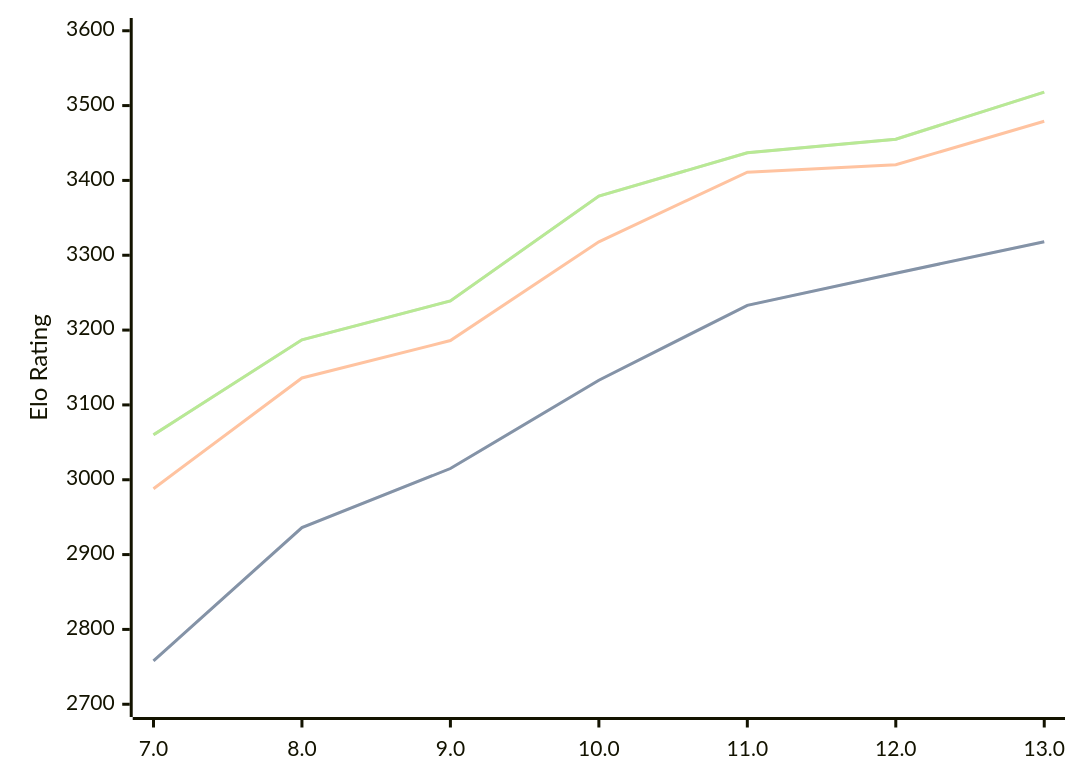
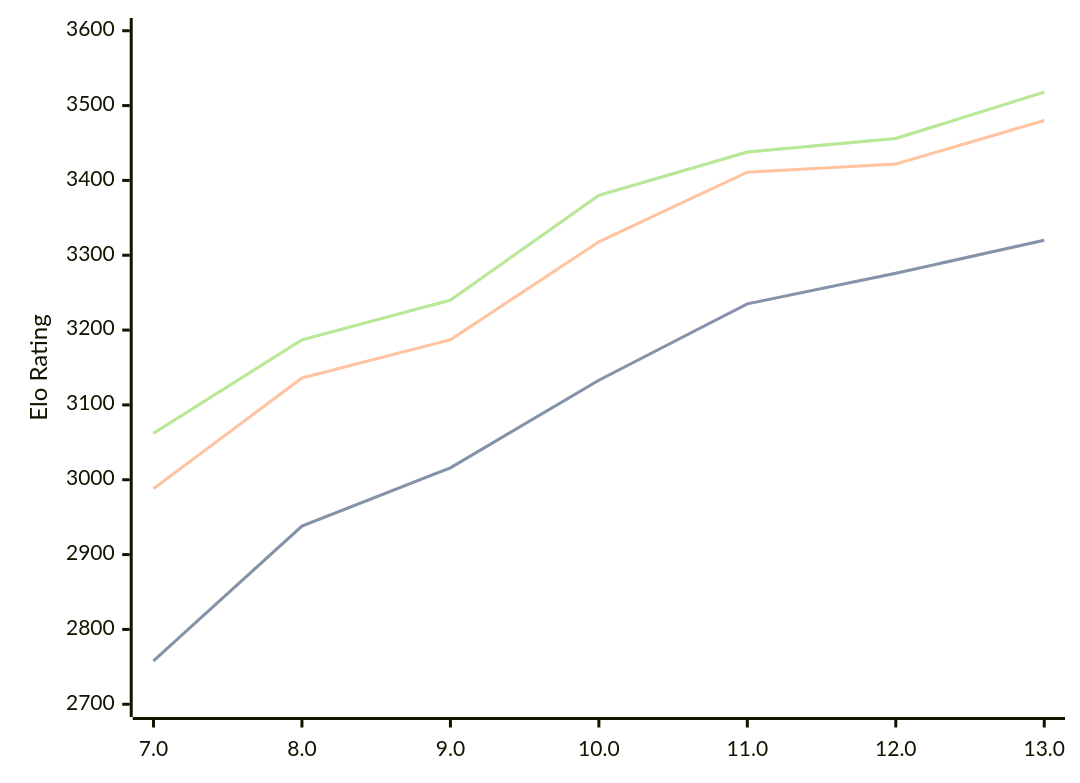
Before and after one commit to computer-chess-index/cci: the diagram in engines/Tcheran.md, drawn with Mermaid. The commit also changed other lines of this file, not shown here.

Commit message:
Update CCI Ratings (ELO VLTC) - 2026-08-19

````diff
--- a/engines/Tcheran.md
+++ b/engines/Tcheran.md
@@ -37,11 +37,11 @@
 ```mermaid
 %%{init: {"theme":"base","themeVariables":{"seriesColors:['#a3a3a3','#222221','#faa371']}}}%%
 xychart-beta
   x-axis ["7.0", "8.0", "9.0", "10.0", "11.0", "12.0", "13.0"]
   y-axis "Elo Rating" 2700 --> 3600
-  line "STC (8.0+0.08s)" [2758, 2936, 3015, 3133, 3233, 3276, 3318]
-  line "STC (8.0+0.08s)" [2758, 2936, 3015, 3133, 3233, 3276, 3318]
-  line "LTC (60.0+0.60s)" [2988, 3136, 3186, 3318, 3411, 3421, 3479]
-  line "VLTC (2m24s+1.12s)" [3060, 3187, 3239, 3379, 3437, 3455, 3518]
-  line "VLTC (2m24s+1.12s)" [3060, 3187, 3239, 3379, 3437, 3455, 3518]
+  line "STC (8.0+0.08s)" [2758, 2938, 3016, 3133, 3235, 3276, 3320]
+  line "STC (8.0+0.08s)" [2758, 2938, 3016, 3133, 3235, 3276, 3320]
+  line "LTC (60.0+0.60s)" [2988, 3136, 3187, 3318, 3411, 3422, 3480]
+  line "VLTC (2m24s+1.12s)" [3062, 3187, 3240, 3380, 3438, 3456, 3518]
+  line "VLTC (2m24s+1.12s)" [3062, 3187, 3240, 3380, 3438, 3456, 3518]
 ```
````
